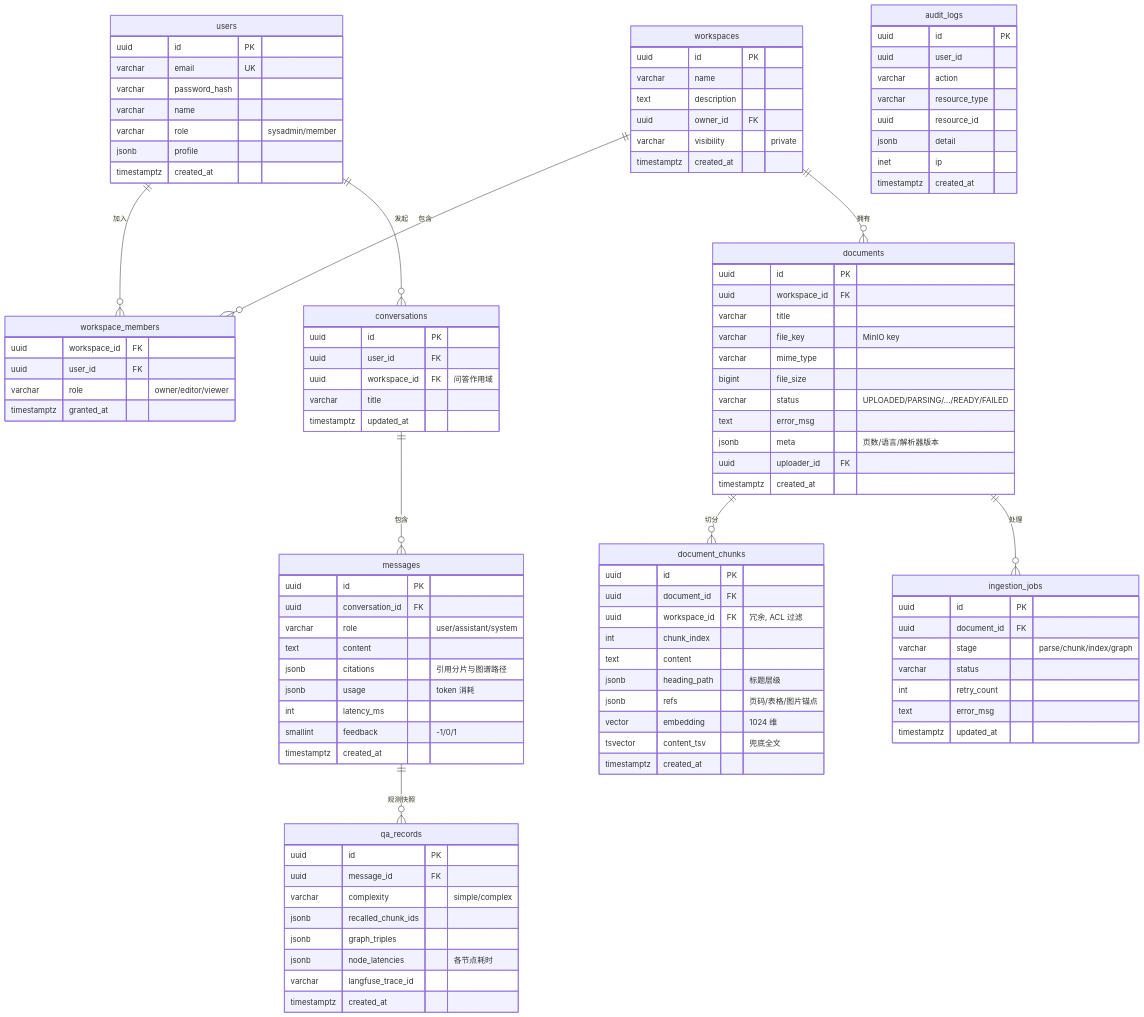
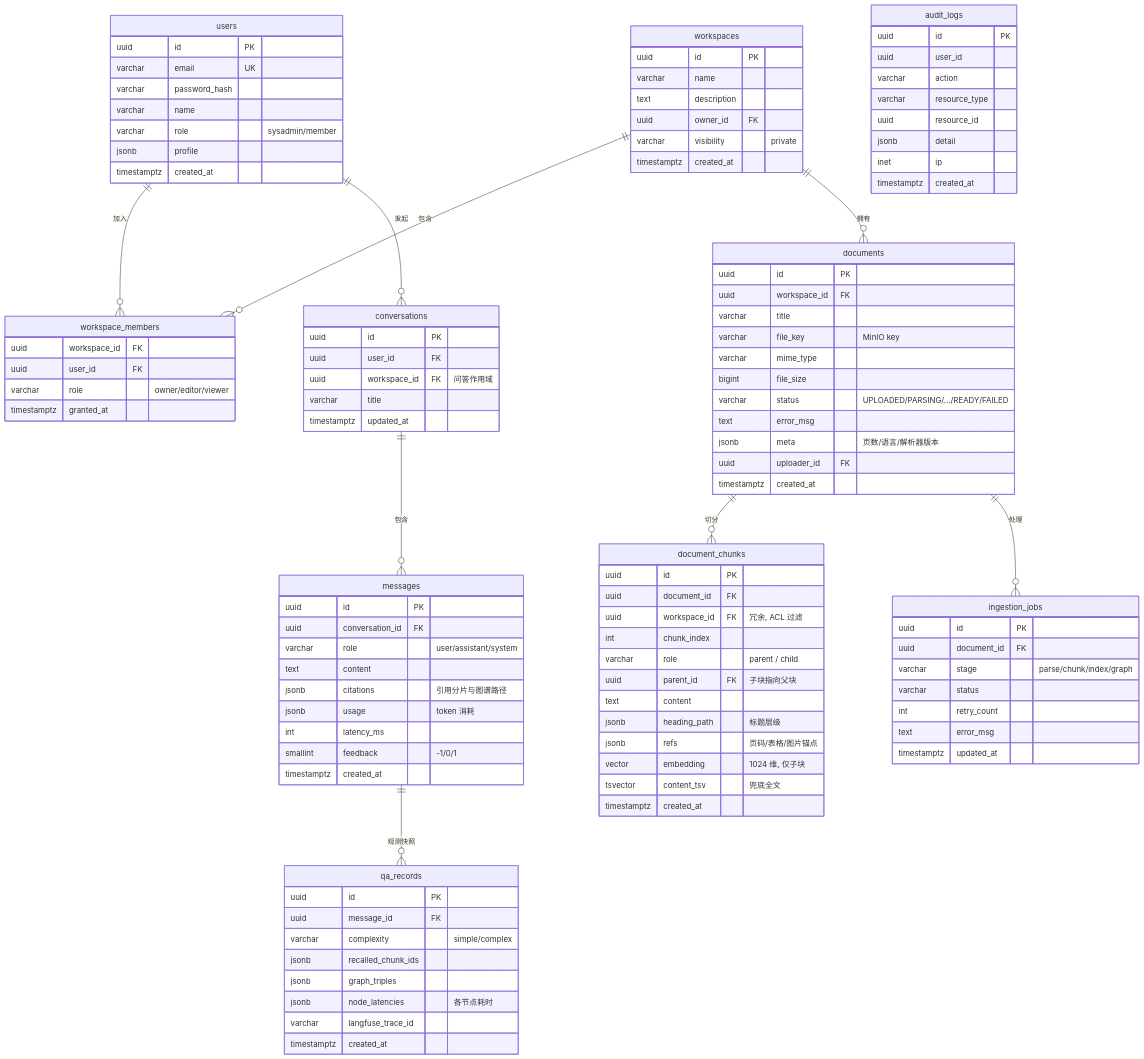
Before and after one commit to Fa-haxiki/enterprise-knowlege-hub: the first of 2 diagrams in docs/03-database-design.md, drawn with Mermaid. The commit also changed other lines of this file and 20 other files, not shown here.

```diff
--- a/docs/03-database-design.md
+++ b/docs/03-database-design.md
@@ -56,10 +56,12 @@
         uuid document_id FK
         uuid workspace_id FK "冗余, ACL 过滤"
         int chunk_index
+        varchar role "parent / child"
+        uuid parent_id FK "子块指向父块"
         text content
         jsonb heading_path "标题层级"
         jsonb refs "页码/表格/图片锚点"
-        vector embedding "1024 维"
+        vector embedding "1024 维, 仅子块"
         tsvector content_tsv "兜底全文"
         timestamptz created_at
     }
```
